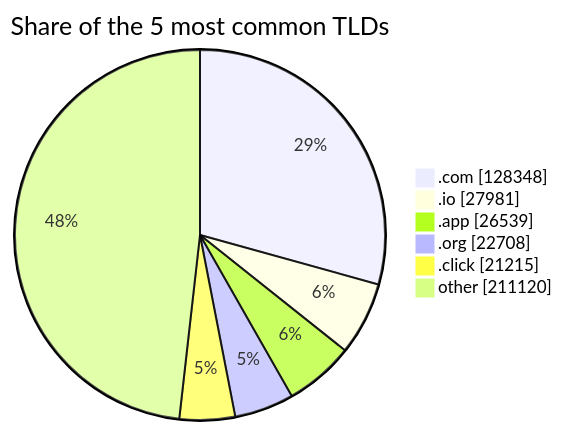
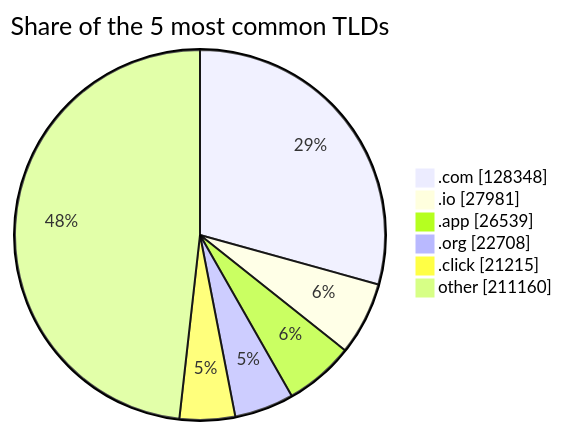
The third of 3 diagrams in README.md (DNSBunker/CTI), drawn with Mermaid before and after one commit. The commit also changed other lines of this file and 3 other files, not shown here.

````diff
--- a/README.md
+++ b/README.md
@@ -81,9 +81,9 @@
 ```mermaid
 pie showData title Share of the 5 most common TLDs
     ".com" : 128348
     ".io" : 27981
     ".app" : 26539
     ".org" : 22708
     ".click" : 21215
-    "other" : 211120
+    "other" : 211160
 ```
````
